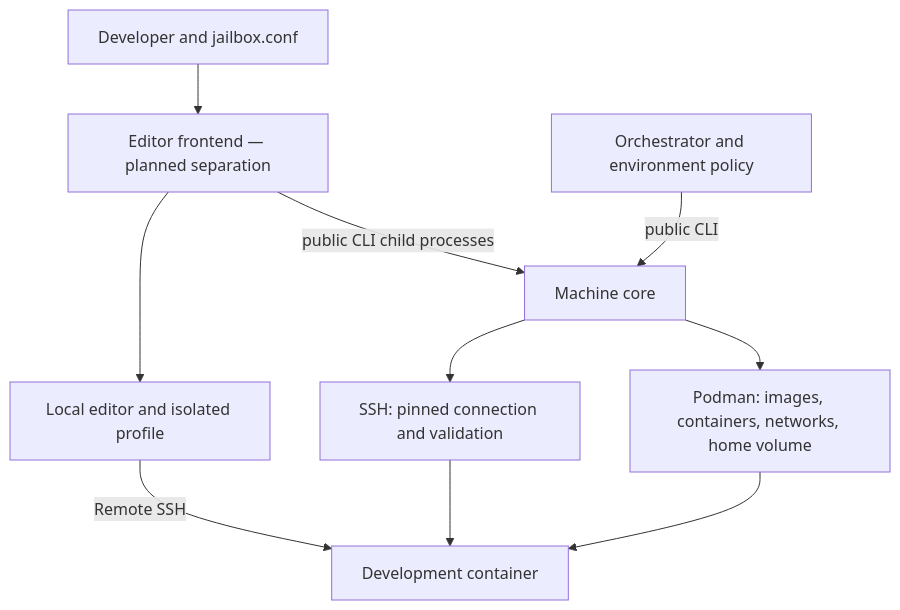
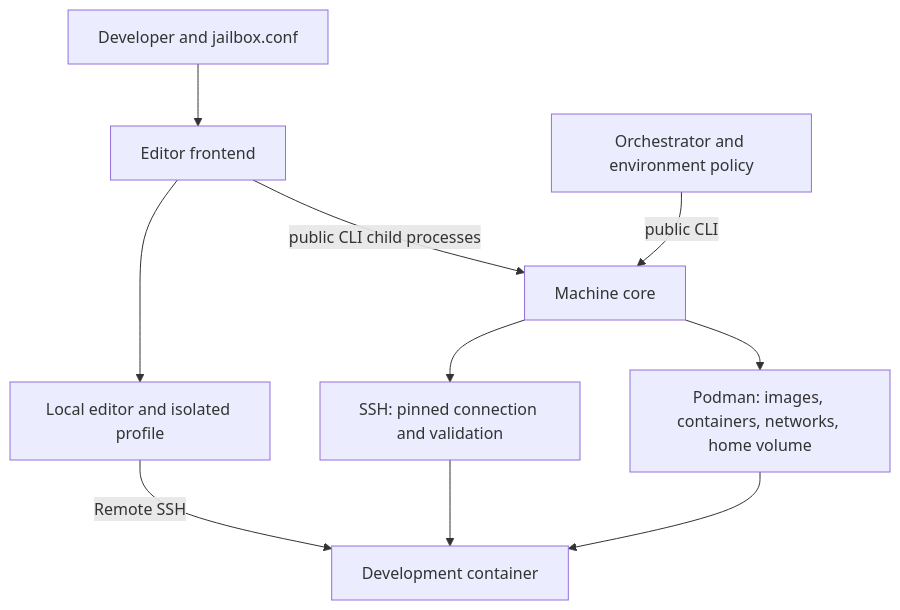
One commit to francoisnt/jailbox changed the diagram in ARCHITECTURE.md. Above: the diagram before and after it, drawn with Mermaid. The commit also changed other lines of this file and 75 other files, not shown here.

````diff
--- a/ARCHITECTURE.md
+++ b/ARCHITECTURE.md
@@ -52,12 +43,12 @@
 ```mermaid
 flowchart TD
-    Human[Developer and jailbox.conf] --> Frontend[Editor frontend — planned separation]
+    Human[Developer and jailbox.conf] --> Frontend[Editor frontend]
     Frontend -->|public CLI child processes| Core[Machine core]
     Automation[Orchestrator and environment policy] -->|public CLI| Core
     Core --> Podman[Podman: images, containers, networks, home volume]
     Core --> SSH[SSH: pinned connection and validation]
     Frontend --> Editor[Local editor and isolated profile]
     Editor -->|Remote SSH| Sandbox[Development container]
     SSH --> Sandbox
     Podman --> Sandbox
 ```
````
